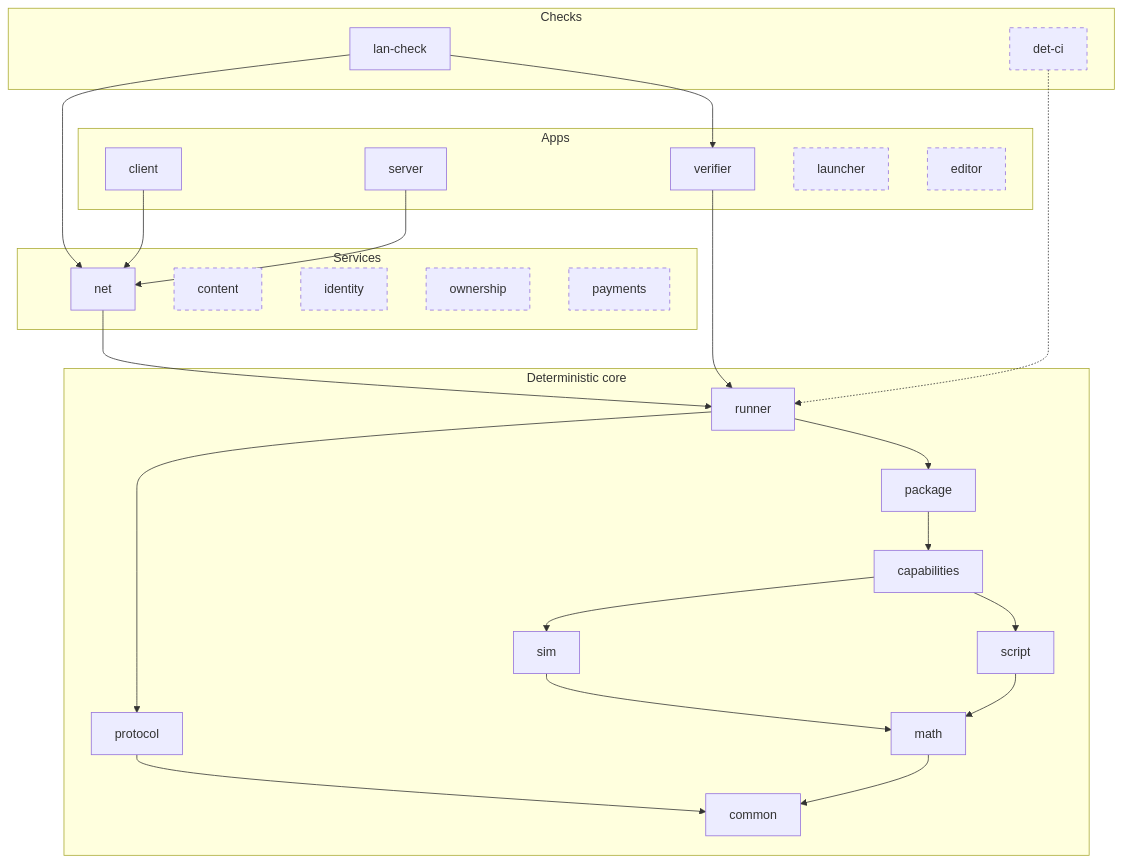
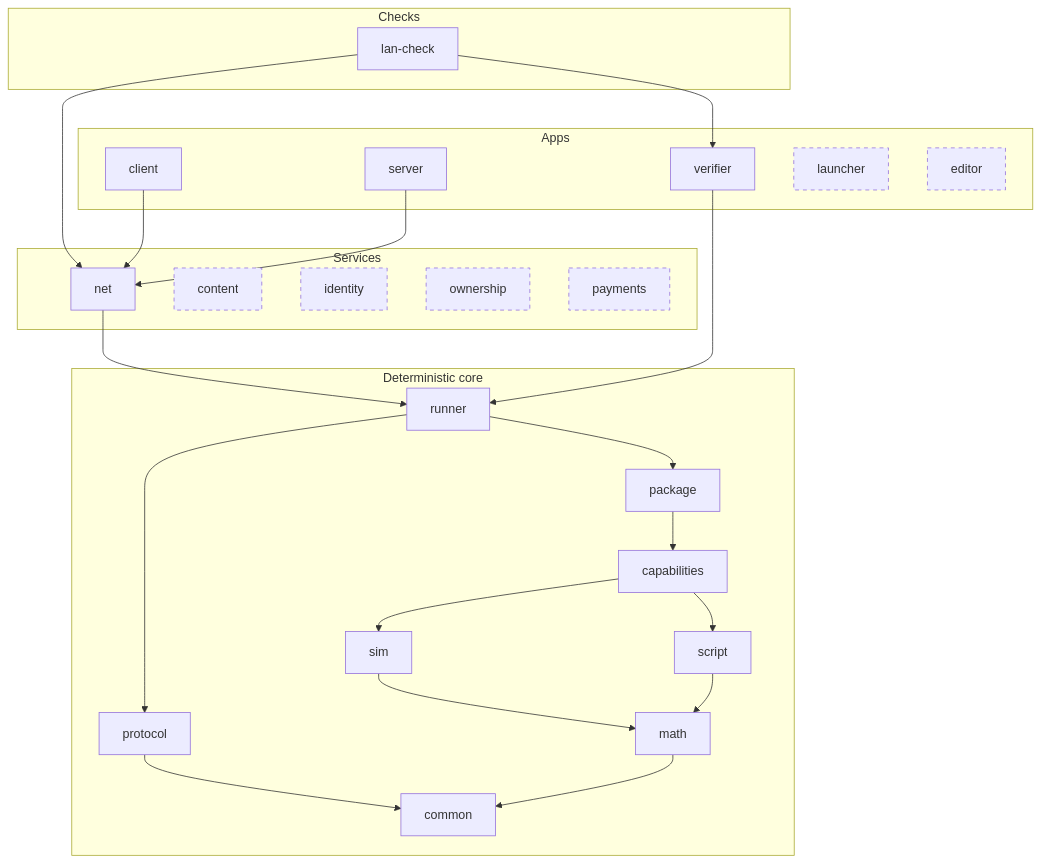
The diagram in design/02-engine-core.md (xorza/campfire), drawn with Mermaid before and after one commit. The commit also changed other lines of this file and 12 other files, not shown here.

````diff
--- a/design/02-engine-core.md
+++ b/design/02-engine-core.md
@@ -5,48 +5,46 @@
 ```mermaid
 flowchart TB
     subgraph apps["Apps"]
         client
         server
         verifier
         launcher:::planned
         editor:::planned
     end
     subgraph checks["Checks"]
         lancheck["lan-check"]
-        detci["det-ci"]:::planned
     end
     subgraph services["Services"]
         net
         content:::planned
         identity:::planned
         ownership:::planned
         payments:::planned
     end
     subgraph core["Deterministic core"]
         runner
         package
         capabilities
         script
         sim
         protocol
         math
         common
     end
     client --> net
     server --> net
     net --> runner
     verifier --> runner
-    detci -.-> runner
     lancheck --> verifier
     lancheck --> net
     runner --> package
     runner --> protocol
     package --> capabilities
     capabilities --> script
     capabilities --> sim
     script --> math
     sim --> math
     math --> common
     protocol --> common
     classDef planned stroke-dasharray: 5 5
 ```
````
